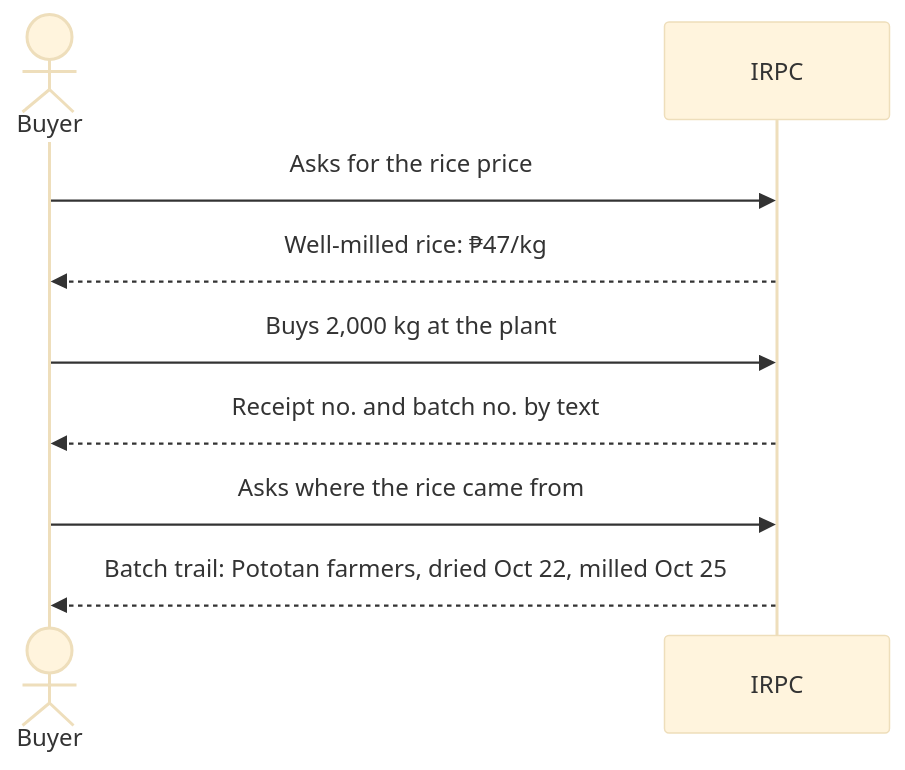
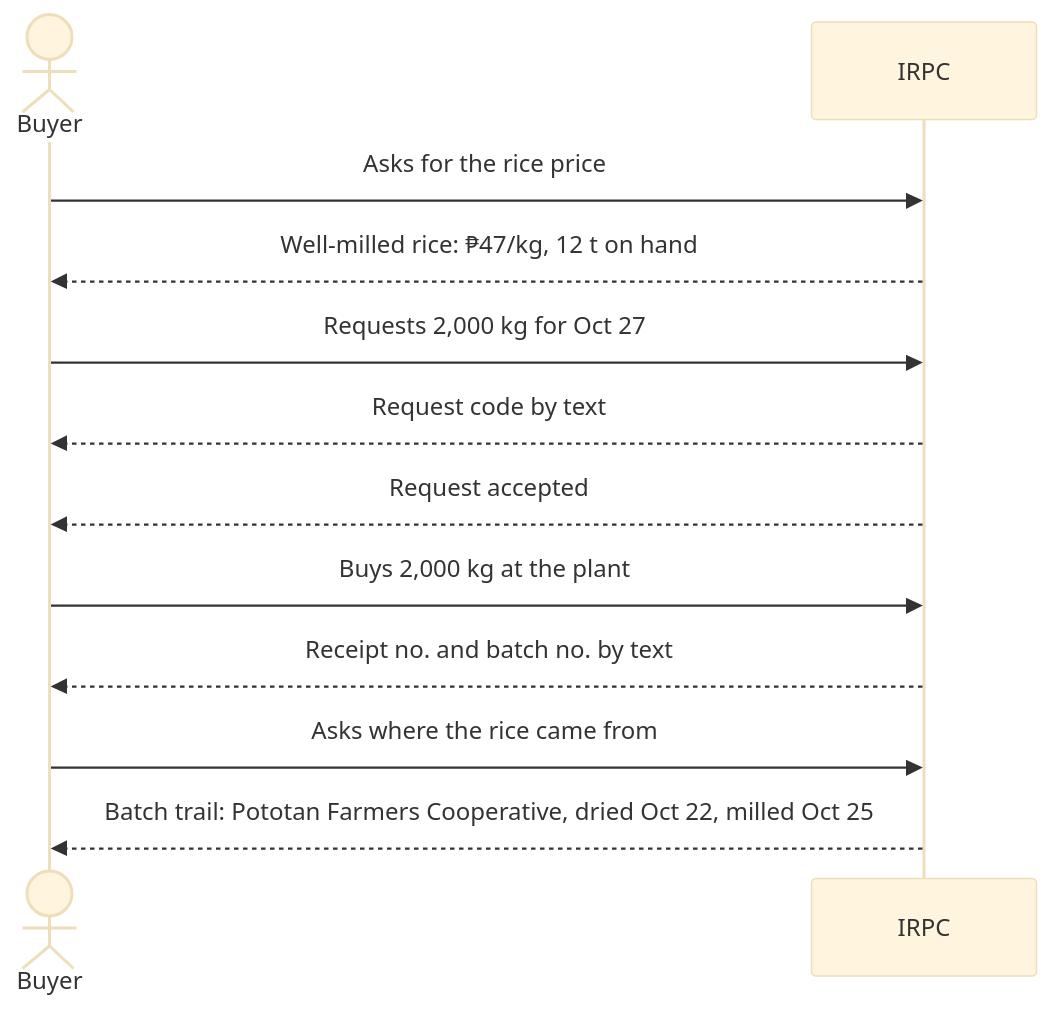
The second of 6 diagrams in PRD.md (andrianllmm/hack-iloilo), drawn with Mermaid (base theme) before and after one commit. The commit also changed other lines of this file and 1 other file, not shown here.

Commit message:
docs: bring buyer rice requests into the PRD

````diff
--- a/PRD.md
+++ b/PRD.md
@@ -33,11 +33,14 @@
 ```mermaid
 sequenceDiagram
   actor B as Buyer
   participant I as IRPC
   B->>I: Asks for the rice price
-  I-->>B: Well-milled rice: ₱47/kg
+  I-->>B: Well-milled rice: ₱47/kg, 12 t on hand
+  B->>I: Requests 2,000 kg for Oct 27
+  I-->>B: Request code by text
+  I-->>B: Request accepted
   B->>I: Buys 2,000 kg at the plant
   I-->>B: Receipt no. and batch no. by text
   B->>I: Asks where the rice came from
-  I-->>B: Batch trail: Pototan farmers, dried Oct 22, milled Oct 25
+  I-->>B: Batch trail: Pototan Farmers Cooperative, dried Oct 22, milled Oct 25
 ```
````
